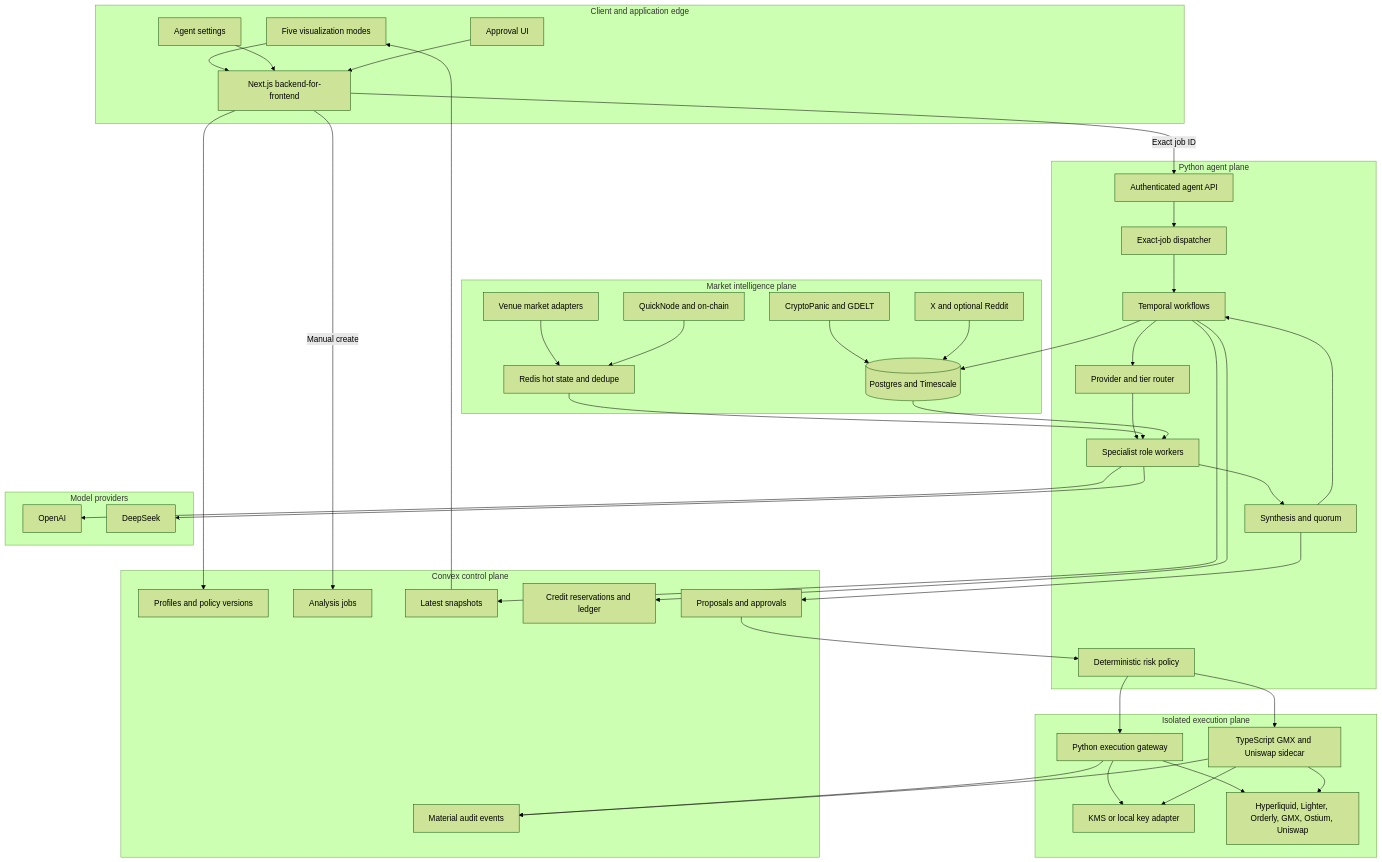
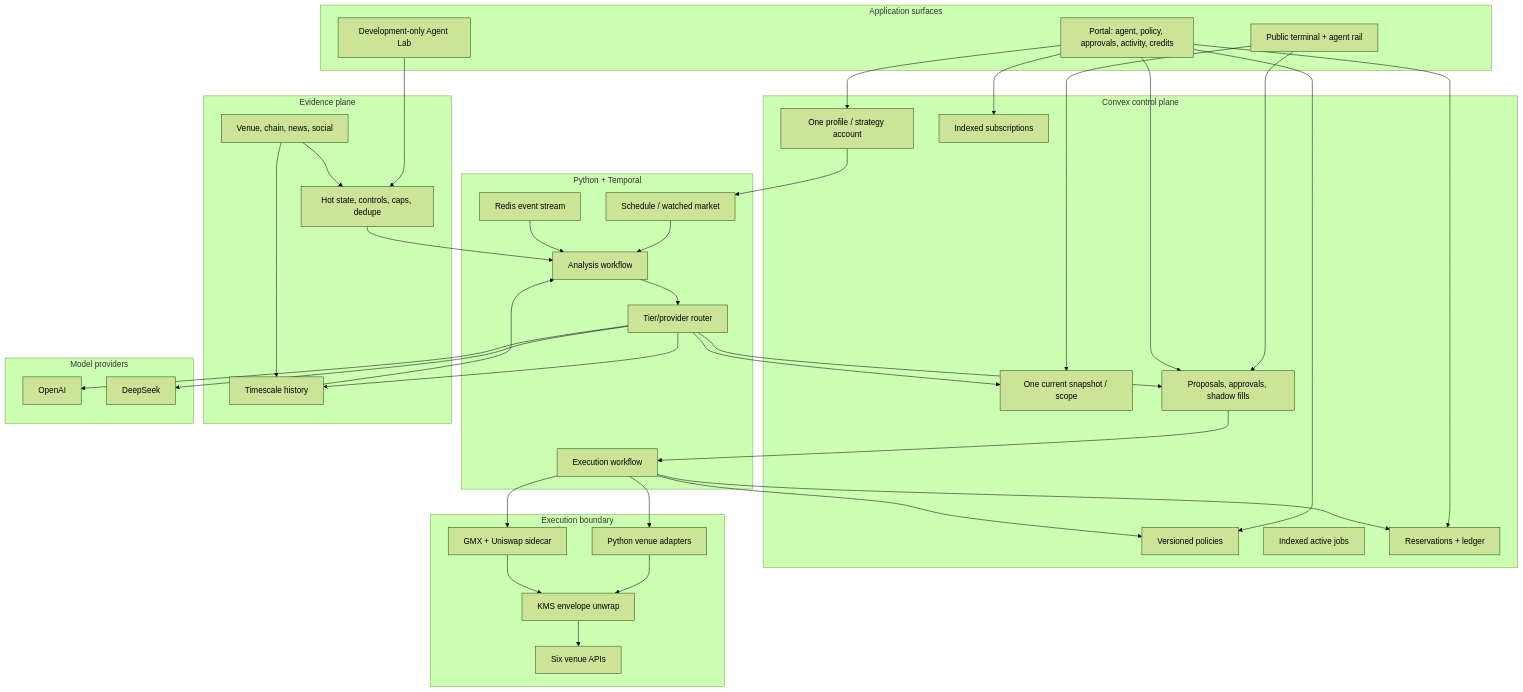
Before and after one commit to malawadd/mowazi: the second of 8 diagrams in docs/agentic-backend-architecture.md, drawn with Mermaid (forest theme). The commit also changed other lines of this file and 58 other files, not shown here.

````diff
--- a/docs/agentic-backend-architecture.md
+++ b/docs/agentic-backend-architecture.md
@@ -30,84 +34,53 @@
 ```mermaid
 flowchart TB
-    subgraph Client["Client and application edge"]
-        UI[Five visualization modes]
-        SET[Agent settings]
-        APR[Approval UI]
-        BFF[Next.js backend-for-frontend]
+    subgraph UI["Application surfaces"]
+      TERM["Public terminal + agent rail"]
+      PORTAL["Portal: agent, policy, approvals, activity, credits"]
+      LAB["Development-only Agent Lab"]
+    end
+    subgraph CX["Convex control plane"]
+      PROFILE["One profile / strategy account"]
+      SUB["Indexed subscriptions"]
+      POLICY["Versioned policies"]
+      JOB["Indexed active jobs"]
+      SNAP["One current snapshot / scope"]
+      CREDIT["Reservations + ledger"]
+      TRADE["Proposals, approvals, shadow fills"]
+    end
+    subgraph ORCH["Python + Temporal"]
+      SCHEDULE["Schedule / watched market"]
+      EVENT["Redis event stream"]
+      FLOW["Analysis workflow"]
+      ROUTE["Tier/provider router"]
+      EXEC["Execution workflow"]
+    end
+    subgraph DATA["Evidence plane"]
+      FEEDS["Venue, chain, news, social"]
+      REDIS["Hot state, controls, caps, dedupe"]
+      PG["Timescale history"]
+    end
+    subgraph MODEL["Model providers"]
+      OPENAI["OpenAI"]
+      DEEP["DeepSeek"]
+    end
+    subgraph GATE["Execution boundary"]
+      PY["Python venue adapters"]
+      TS["GMX + Uniswap sidecar"]
+      KMS["KMS envelope unwrap"]
+      VENUES["Six venue APIs"]
     end
 
-    subgraph Control["Convex control plane"]
-        PROFILE[Profiles and policy versions]
-        JOB[Analysis jobs]
-        SNAP[Latest snapshots]
-        CREDIT[Credit reservations and ledger]
-        PROPOSAL[Proposals and approvals]
-        AUDIT[Material audit events]
-    end
-
-    subgraph Agent["Python agent plane"]
-        API[Authenticated agent API]
-        DISPATCH[Exact-job dispatcher]
-        TEMP[Temporal workflows]
-        ROUTER[Provider and tier router]
-        ROLES[Specialist role workers]
-        SYNTH[Synthesis and quorum]
-        POLICY[Deterministic risk policy]
-    end
-
-    subgraph Data["Market intelligence plane"]
-        VENUE[Venue market adapters]
-        CHAIN[QuickNode and on-chain]
-        NEWS[CryptoPanic and GDELT]
-        SOCIAL[X and optional Reddit]
-        REDIS[Redis hot state and dedupe]
-        PG[(Postgres and Timescale)]
-    end
-
-    subgraph Models["Model providers"]
-        OPENAI[OpenAI]
-        DEEPSEEK[DeepSeek]
-    end
-
-    subgraph Execution["Isolated execution plane"]
-        GW[Python execution gateway]
-        SIDE[TypeScript GMX and Uniswap sidecar]
-        KMS[KMS or local key adapter]
-        VENUES[Hyperliquid, Lighter, Orderly, GMX, Ostium, Uniswap]
-    end
-
-    UI --> BFF
-    SET --> BFF
-    APR --> BFF
-    BFF --> PROFILE
-    BFF -->|Manual create| JOB
-    BFF -->|Exact job ID| API
-    API --> DISPATCH --> TEMP
-    TEMP --> ROUTER --> ROLES
-    ROLES --> OPENAI
-    ROLES --> DEEPSEEK
-    ROLES --> SYNTH
-    SYNTH --> TEMP
-    TEMP --> PG
-    TEMP --> SNAP
-    TEMP --> CREDIT
-    SNAP --> UI
-
-    VENUE --> REDIS
-    CHAIN --> REDIS
-    NEWS --> PG
-    SOCIAL --> PG
-    REDIS --> ROLES
-    PG --> ROLES
-
-    SYNTH --> PROPOSAL
-    PROPOSAL --> POLICY
-    POLICY --> GW
-    POLICY --> SIDE
-    GW --> KMS
-    SIDE --> KMS
-    GW --> VENUES
-    SIDE --> VENUES
-    GW --> AUDIT
-    SIDE --> AUDIT
+    TERM --> SNAP & TRADE
+    PORTAL --> PROFILE & SUB & POLICY & CREDIT & TRADE
+    LAB --> REDIS
+    PROFILE --> SCHEDULE --> FLOW
+    EVENT --> FLOW
+    REDIS & PG --> FLOW
+    FLOW --> ROUTE --> OPENAI & DEEP
+    ROUTE --> PG & SNAP & TRADE
+    TRADE --> EXEC
+    EXEC --> POLICY & CREDIT
+    EXEC --> PY & TS
+    PY & TS --> KMS --> VENUES
+    FEEDS --> REDIS & PG
 ```
````
